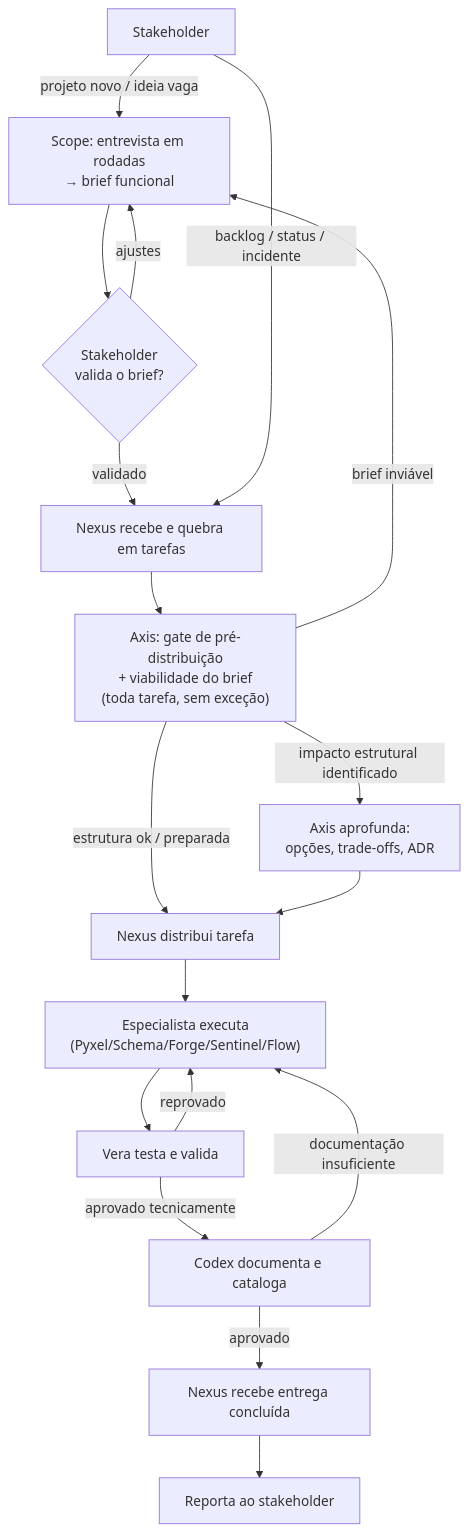
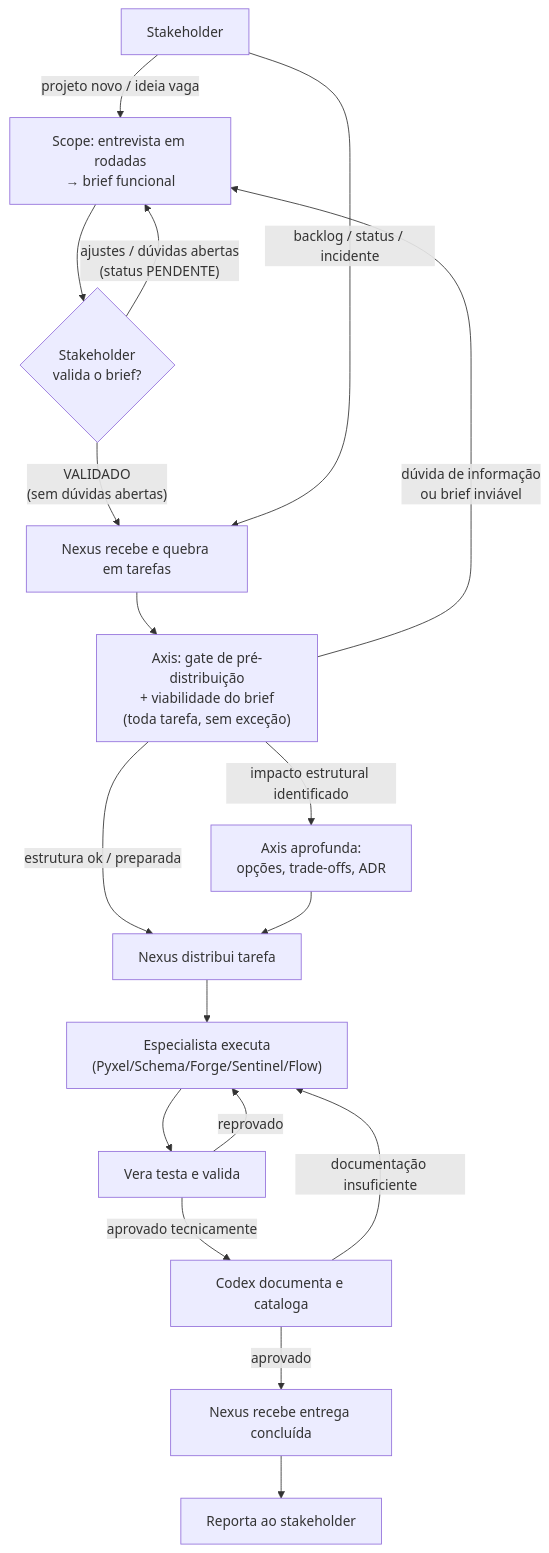
One commit to devrafaelalvarenga/data-engineer-agent-team changed the diagram in ARCHITECTURE.md. Above: the diagram before and after it, drawn with Mermaid. The commit also changed other lines of this file and 6 other files, not shown here.

````diff
--- a/ARCHITECTURE.md
+++ b/ARCHITECTURE.md
@@ -63,20 +63,20 @@
 ```mermaid
 flowchart TD
     S["Stakeholder"] -->|"projeto novo / ideia vaga"| SC["Scope: entrevista em rodadas<br/>→ brief funcional"]
     SC --> VAL{"Stakeholder<br/>valida o brief?"}
-    VAL -->|"ajustes"| SC
-    VAL -->|"validado"| N["Nexus recebe e quebra em tarefas"]
+    VAL -->|"ajustes / dúvidas abertas<br/>(status PENDENTE)"| SC
+    VAL -->|"VALIDADO<br/>(sem dúvidas abertas)"| N["Nexus recebe e quebra em tarefas"]
     S -->|"backlog / status / incidente"| N
     N --> AX["Axis: gate de pré-distribuição<br/>+ viabilidade do brief<br/>(toda tarefa, sem exceção)"]
-    AX -->|"brief inviável"| SC
+    AX -->|"dúvida de informação<br/>ou brief inviável"| SC
     AX -->|"estrutura ok / preparada"| T["Nexus distribui tarefa"]
     AX -->|"impacto estrutural identificado"| ADR["Axis aprofunda:<br/>opções, trade-offs, ADR"]
     ADR --> T
     T --> E["Especialista executa<br/>(Pyxel/Schema/Forge/Sentinel/Flow)"]
     E --> V["Vera testa e valida"]
     V -->|reprovado| E
     V -->|aprovado tecnicamente| C["Codex documenta e cataloga"]
     C -->|documentação insuficiente| E
     C -->|aprovado| N2["Nexus recebe entrega concluída"]
     N2 --> S2["Reporta ao stakeholder"]
 ```
````
